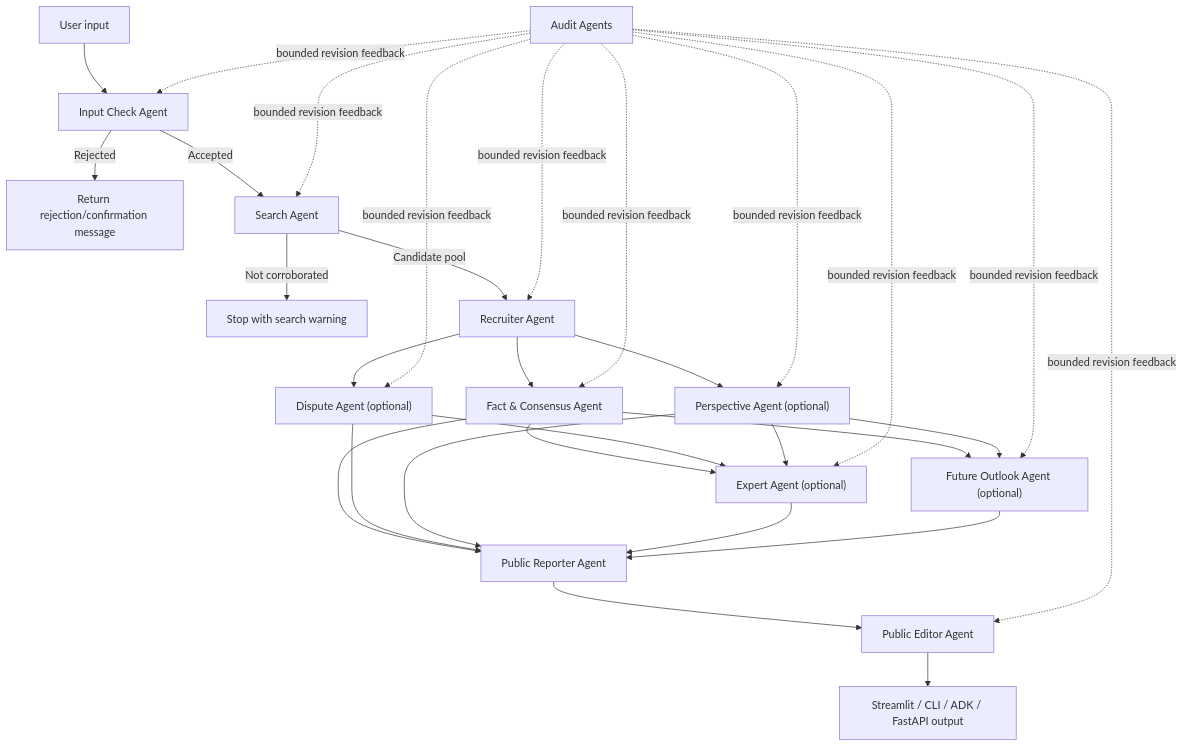
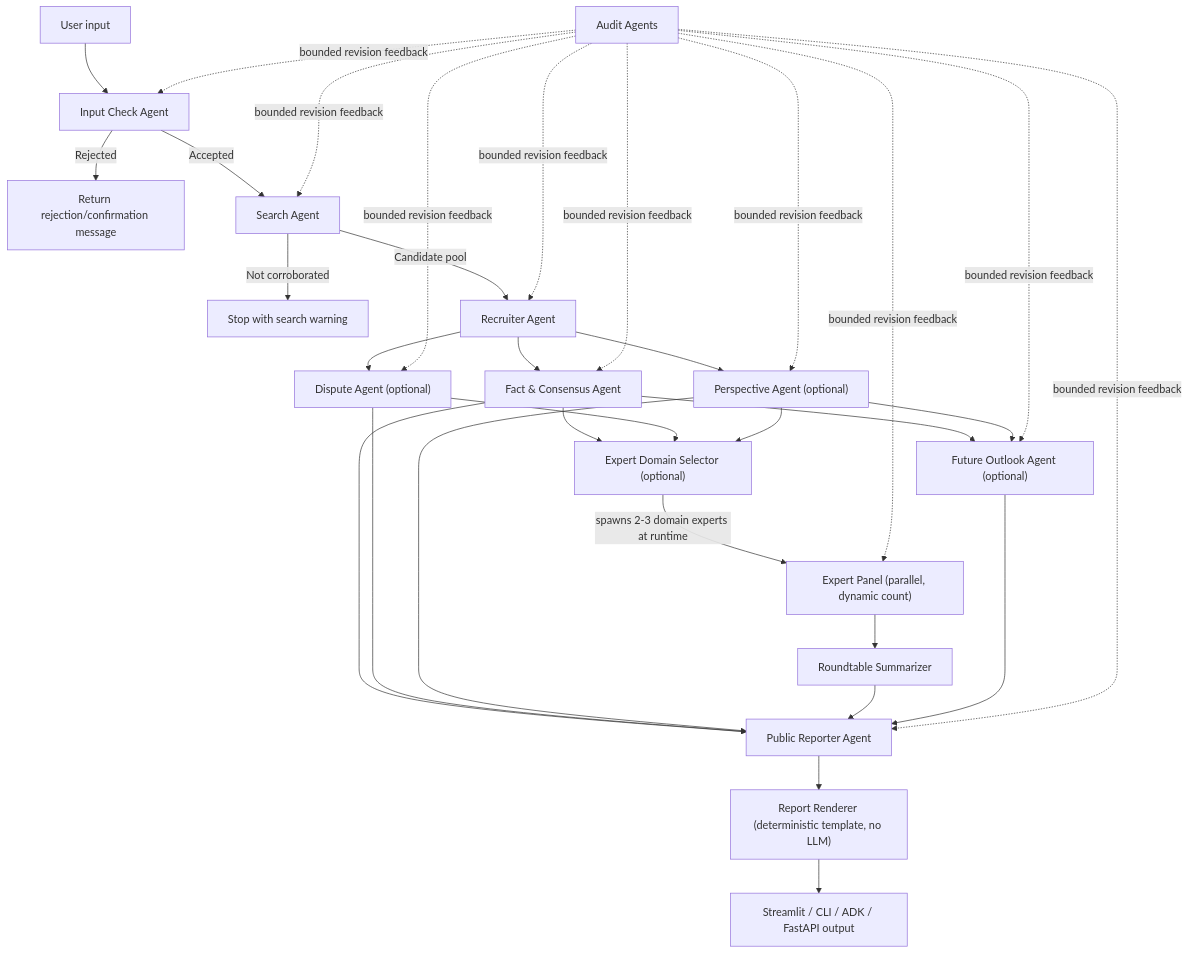
One commit to xinli12/news-agents-pipeline changed the diagram in README.md. Above: the diagram before and after it, drawn with Mermaid. The commit also changed other lines of this file and 10 other files, not shown here.

First line of the commit message:
Replace LLM-based public editor with deterministic report renderer

````diff
--- a/README.md
+++ b/README.md
@@ -22,35 +25,37 @@
 ```mermaid
 graph TD
     U["User input"] --> R["Input Check Agent"]
     R -->|Rejected| X["Return rejection/confirmation message"]
     R -->|Accepted| S["Search Agent"]
     S -->|Not corroborated| Y["Stop with search warning"]
     S -->|Candidate pool| C["Recruiter Agent"]
 
     C --> F["Fact & Consensus Agent"]
     C --> D["Dispute Agent (optional)"]
     C --> P["Perspective Agent (optional)"]
-    F --> E["Expert Agent (optional)"]
-    D --> E
-    P --> E
+    F --> ES["Expert Domain Selector (optional)"]
+    D --> ES
+    P --> ES
+    ES -->|"spawns 2-3 domain experts at runtime"| EX["Expert Panel (parallel, dynamic count)"]
+    EX --> RT["Roundtable Summarizer"]
     F --> O["Future Outlook Agent (optional)"]
     P --> O
 
     F --> PR["Public Reporter Agent"]
     D --> PR
     P --> PR
-    E --> PR
+    RT --> PR
     O --> PR
-    PR --> PE["Public Editor Agent"]
+    PR --> PE["Report Renderer (deterministic template, no LLM)"]
     PE --> OUT["Streamlit / CLI / ADK / FastAPI output"]
 
     A["Audit Agents"] -. "bounded revision feedback" .-> R
     A -. "bounded revision feedback" .-> S
     A -. "bounded revision feedback" .-> C
     A -. "bounded revision feedback" .-> F
     A -. "bounded revision feedback" .-> D
     A -. "bounded revision feedback" .-> P
-    A -. "bounded revision feedback" .-> E
+    A -. "bounded revision feedback" .-> EX
     A -. "bounded revision feedback" .-> O
-    A -. "bounded revision feedback" .-> PE
+    A -. "bounded revision feedback" .-> PR
 ```
````
